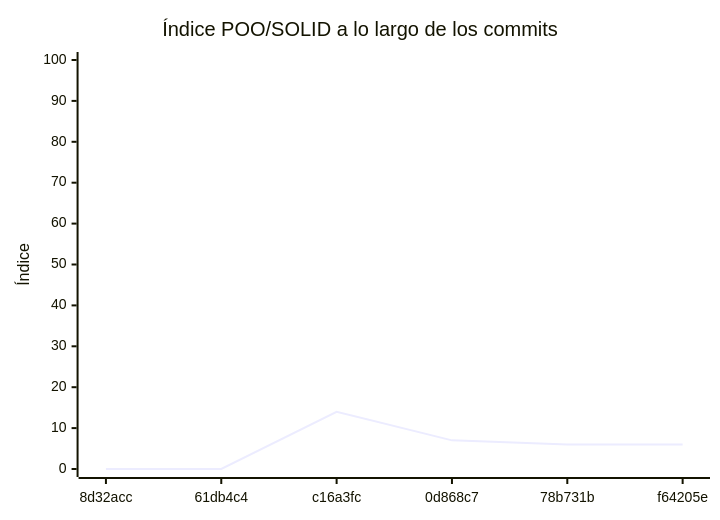
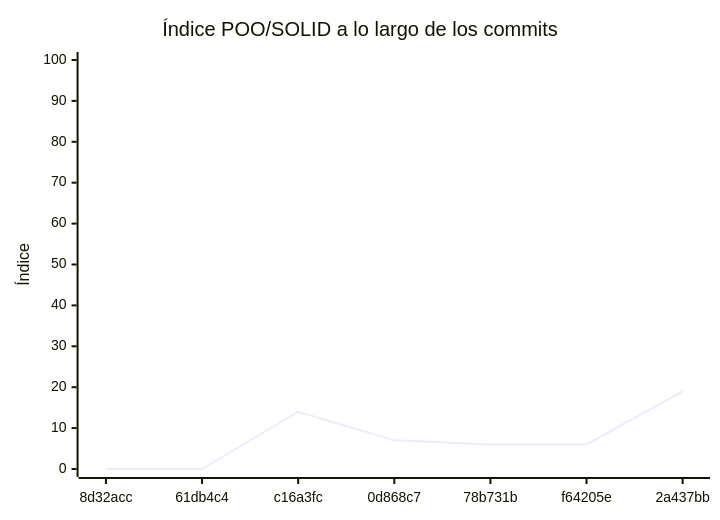
The diagram in docs/EVALUACION.md (LaMatanzaSA/SimuladorChoques777), drawn with Mermaid before and after one commit. The commit also changed other lines of this file and 1 other file, not shown here.

````diff
--- a/docs/EVALUACION.md
+++ b/docs/EVALUACION.md
@@ -242,7 +225,7 @@
 ```mermaid
 xychart-beta
     title "Índice POO/SOLID a lo largo de los commits"
-    x-axis ["8d32acc", "61db4c4", "c16a3fc", "0d868c7", "78b731b", "f64205e"]
+    x-axis ["8d32acc", "61db4c4", "c16a3fc", "0d868c7", "78b731b", "f64205e", "2a437bb"]
     y-axis "Índice" 0 --> 100
-    line [0, 0, 14, 7, 6, 6]
+    line [0, 0, 14, 7, 6, 6, 19]
 ```
````
